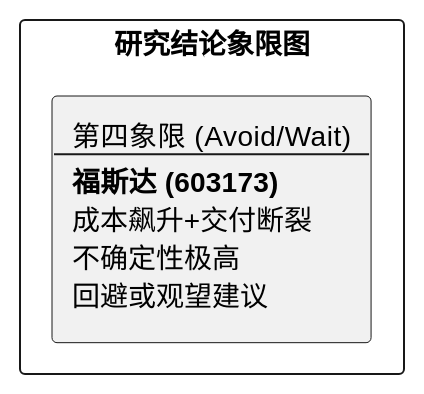
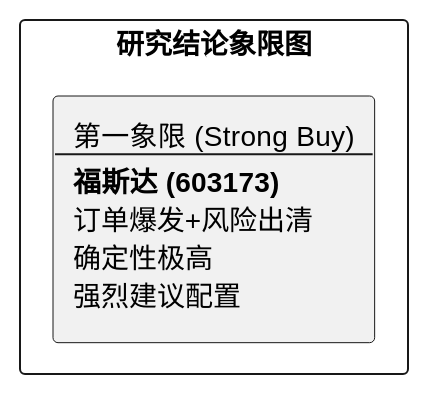
The diagram in investigation/equities/福斯达/reports/研报章节七：投资摘要与风险因素.md (hrzzzrh/QuantPyLab), drawn with PlantUML before and after one commit. The commit also changed other lines of this file and 74 other files, not shown here.

````diff
--- a/investigation/equities/福斯达/reports/研报章节七：投资摘要与风险因素.md
+++ b/investigation/equities/福斯达/reports/研报章节七：投资摘要与风险因素.md
@@ -24,7 +26,7 @@
 ```plantuml
 @startuml
 rectangle "研究结论象限图" {
-    rectangle "第四象限 (Avoid/Wait)\n--\n**福斯达 (603173)**\n成本飙升+交付断裂\n不确定性极高\n回避或观望建议" as Q4
+    rectangle "第一象限 (Strong Buy)\n--\n**福斯达 (603173)**\n订单爆发+风险出清\n确定性极高\n强烈建议配置" as Q1
 }
 @enduml
 ```
````
